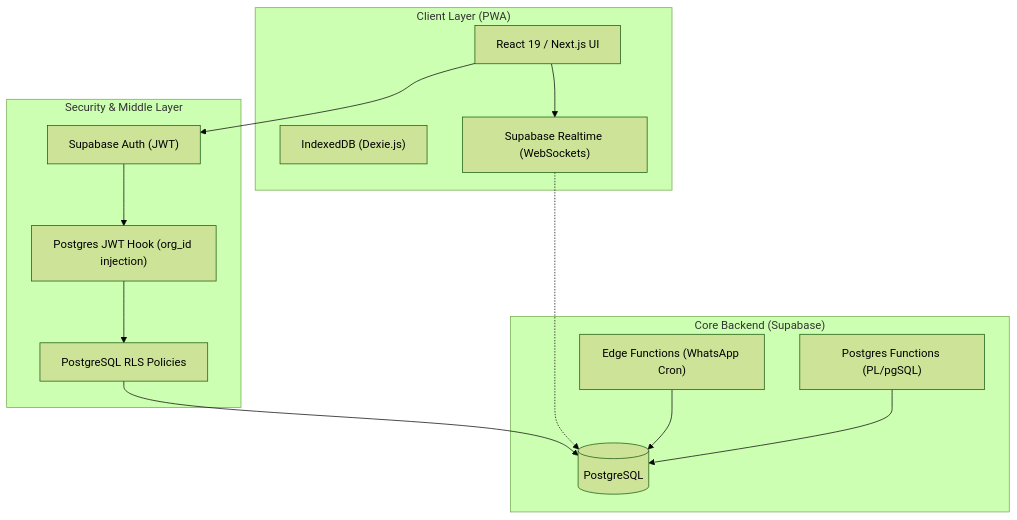
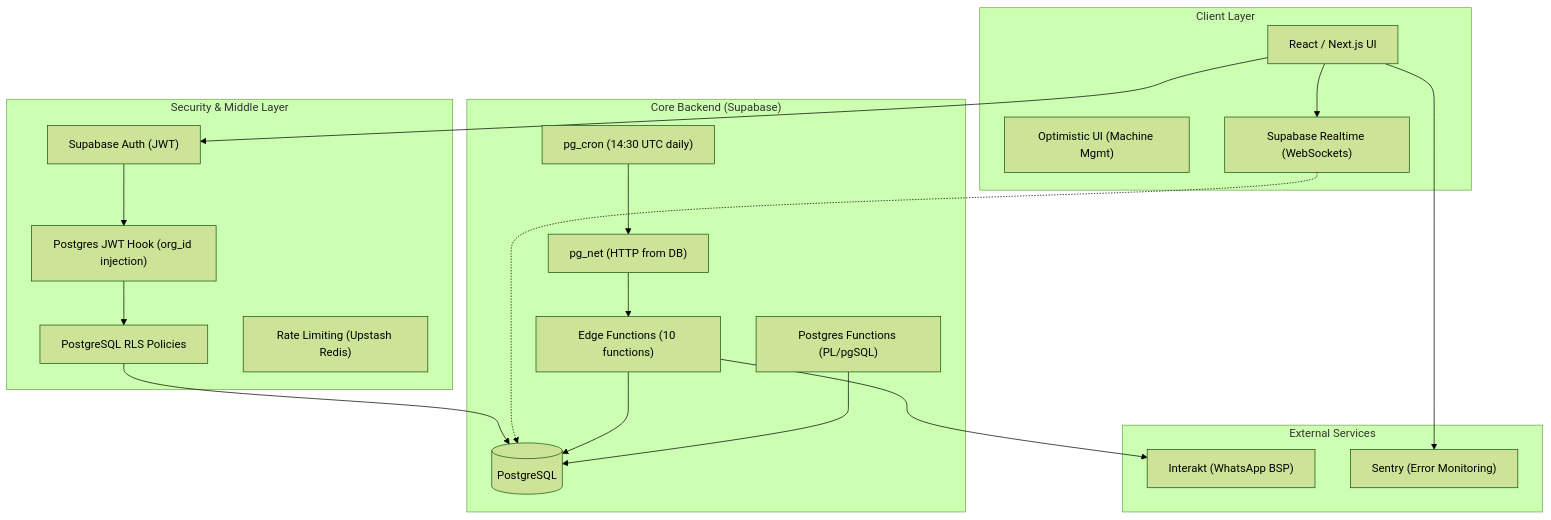
The first of 4 diagrams in TECHNICAL_ANALYSIS.md (Rajp2002/TextileAccounting), drawn with Mermaid (forest theme) before and after one commit. The commit also changed other lines of this file and 16 other files, not shown here.

Commit message:
feat: add date filter to audit trail and finalise WhatsApp webhook implementation

````diff
--- a/TECHNICAL_ANALYSIS.md
+++ b/TECHNICAL_ANALYSIS.md
@@ -12,29 +12,41 @@
 ```mermaid
 graph TD
-    subgraph ClientLayer ["Client Layer (PWA)"]
-        UI["React 19 / Next.js UI"]
-        Offline["IndexedDB (Dexie.js)"]
+    subgraph ClientLayer ["Client Layer"]
+        UI["React / Next.js UI"]
+        Optimistic["Optimistic UI (Machine Mgmt)"]
         RT["Supabase Realtime (WebSockets)"]
     end
 
     subgraph SecurityLayer ["Security & Middle Layer"]
         Auth["Supabase Auth (JWT)"]
         Hook["Postgres JWT Hook (org_id injection)"]
         RLS["PostgreSQL RLS Policies"]
+        RL["Rate Limiting (Upstash Redis)"]
     end
 
     subgraph CoreLayer ["Core Backend (Supabase)"]
         DB[(PostgreSQL)]
-        Edge["Edge Functions (WhatsApp Cron)"]
+        Cron["pg_cron (14:30 UTC daily)"]
+        Edge["Edge Functions (10 functions)"]
         RPC["Postgres Functions (PL/pgSQL)"]
+        pgnet["pg_net (HTTP from DB)"]
+    end
+
+    subgraph ExternalLayer ["External Services"]
+        Interakt["Interakt (WhatsApp BSP)"]
+        Sentry["Sentry (Error Monitoring)"]
     end
 
     UI --> Auth
     Auth --> Hook
     Hook --> RLS
     RLS --> DB
     UI --> RT
     RT -.-> DB
     Edge --> DB
     RPC --> DB
+    Cron --> pgnet
+    pgnet --> Edge
+    Edge --> Interakt
+    UI --> Sentry
 ```
````
